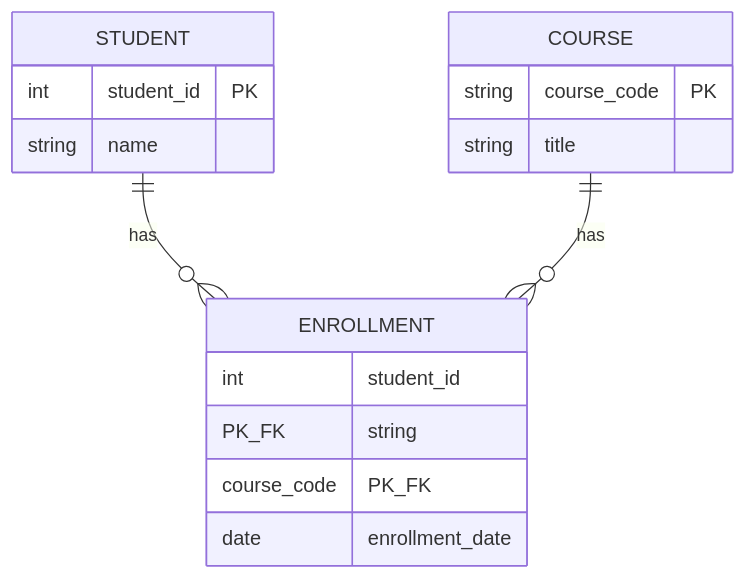
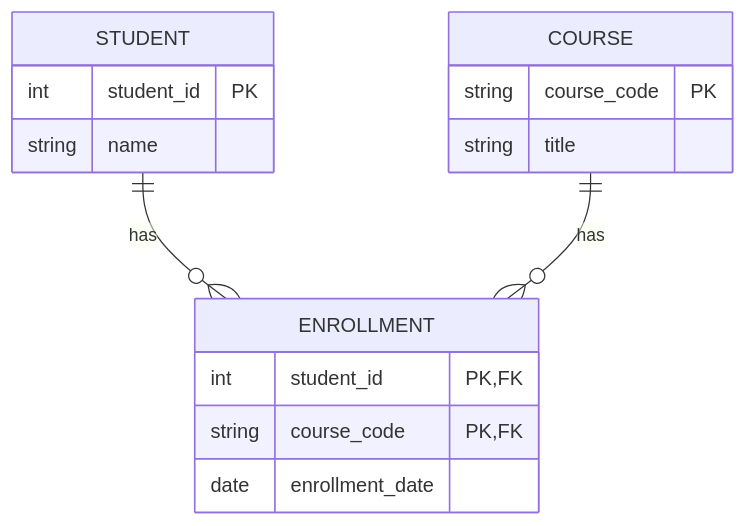
One commit to devomh/comp4098-2026 changed the second of 3 diagrams in week_02/w02_l04_concept_logical_design.md. Above: the diagram before and after it, drawn with Mermaid. The commit also changed 5 other files, not shown here.

````diff
--- a/week_02/w02_l04_concept_logical_design.md
+++ b/week_02/w02_l04_concept_logical_design.md
@@ -91,18 +91,18 @@
 ```mermaid
 erDiagram
     STUDENT {
         int student_id PK
         string name
     }
     COURSE {
         string course_code PK
         string title
     }
     ENROLLMENT {
-        int student_id PK_FK
-        string course_code PK_FK
+        int student_id PK,FK
+        string course_code PK,FK
         date enrollment_date
     }
     STUDENT ||--o{ ENROLLMENT : has
     COURSE ||--o{ ENROLLMENT : has
 ```
````
